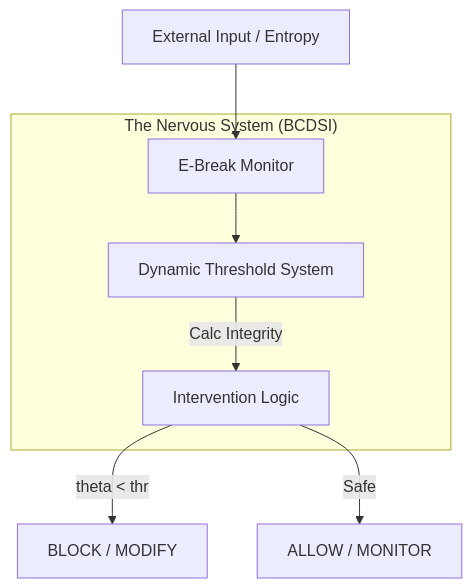
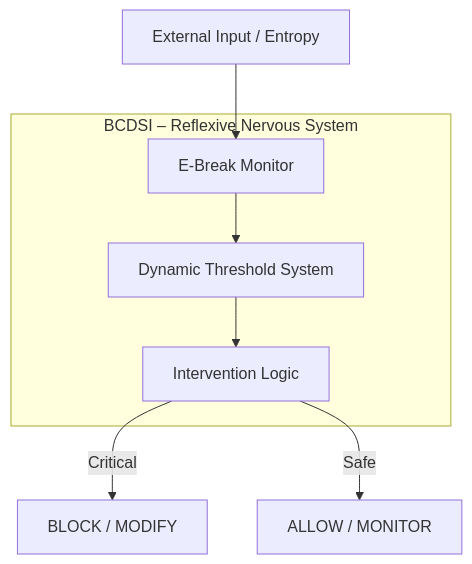
The diagram in README.md (cleanbell2/echo_autonomy), drawn with Mermaid before and after one commit. The commit also changed other lines of this file and 9 other files, not shown here.

Commit message:
Milestone: Day 1 Complete. 100% Test Coverage (53 Passed). BCDSI logic verified.

````diff
--- a/README.md
+++ b/README.md
@@ -24,16 +56,15 @@
 ```mermaid
 graph TD
-    Input[External Input / Entropy] --> Monitor[E-Break Monitor]
-    Monitor --> Threshold[Dynamic Threshold System]
-    Threshold -- Calc Integrity --> Intervention[Intervention Logic]
-    
-    subgraph "The Nervous System (BCDSI)"
-    Monitor
-    Threshold
-    Intervention
-    end
-    
-    Intervention -- theta < thr --> Action1[BLOCK / MODIFY]
-    Intervention -- Safe --> Action2[ALLOW / MONITOR]
+        Input[External Input / Entropy] --> Monitor[E-Break Monitor]
+        Monitor --> Threshold[Dynamic Threshold System]
+        Threshold --> Intervention[Intervention Logic]
 
+        subgraph "BCDSI – Reflexive Nervous System"
+                Monitor
+                Threshold
+                Intervention
+        end
+
+        Intervention -->|Critical| Action1[BLOCK / MODIFY]
+        Intervention -->|Safe| Action2[ALLOW / MONITOR]
 ```
````
